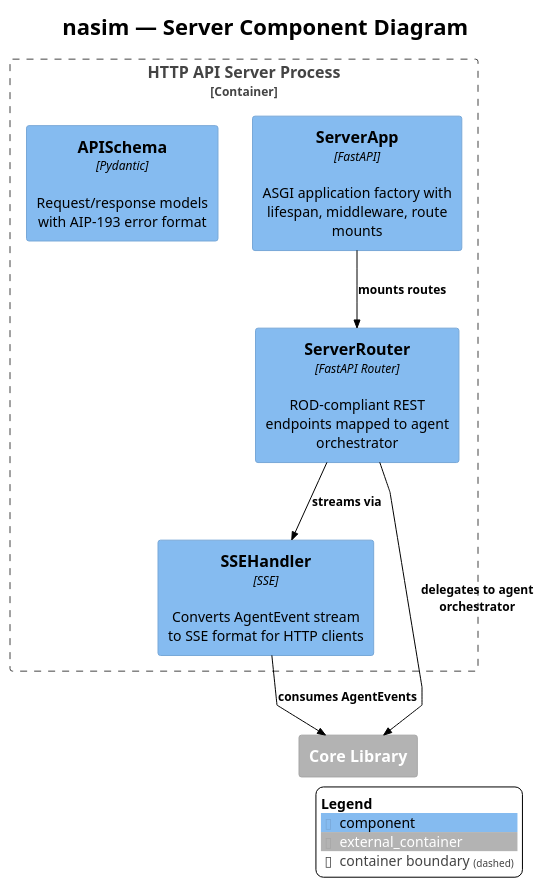
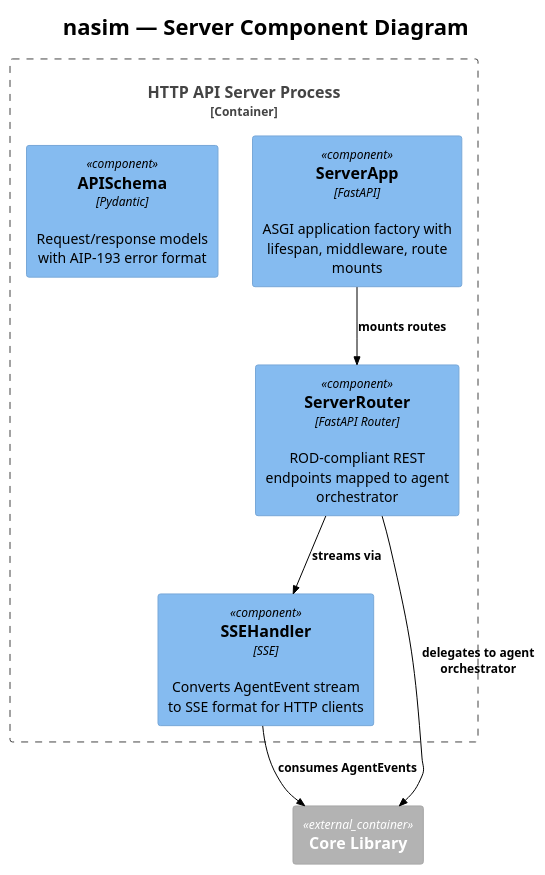
The diagram in docs/C4/c4_nasim_component_server.puml (salimnamvar/nasim), drawn with PlantUML before and after one commit. The commit also changed other lines of this file and 23 other files, not shown here.

First line of the commit message:
docs: Refactor C4 diagrams for nasim architecture

```diff
--- a/docs/C4/c4_nasim_component_server.puml
+++ b/docs/C4/c4_nasim_component_server.puml
@@ -1,34 +1,32 @@
 @startuml c4_nasim_component_server
-!include https://raw.githubusercontent.com/plantuml-stdlib/C4-PlantUML/v2.10.0/C4_Component.puml
+!include https://raw.githubusercontent.com/plantuml-stdlib/C4-PlantUML/master/C4_Component.puml
 !theme plain
-skinparam linetype polyline
+
 
 ' ============================================================
 ' Title:     nasim — Server Component Diagram
 ' Boundary:  nasim HTTP API Server process
 ' Purpose:   Server Layer components for HTTP interface
 ' Milestone: v1.0
 ' Version:   5.0.0
 ' Source:    docs/prompt/p1.md — corrective architecture review
 ' Review:    docs/audit/audit.2026.06.20.comprehensive.reference.audit.md
 ' ============================================================
 
 title nasim — Server Component Diagram
 
 Container_Boundary(server_boundary, "HTTP API Server Process") {
     Component(server_app, "ServerApp", "FastAPI", "ASGI application factory with lifespan, middleware, route mounts")
     Component(server_router, "ServerRouter", "FastAPI Router", "ROD-compliant REST endpoints mapped to agent orchestrator")
     Component(sse_handler, "SSEHandler", "SSE", "Converts AgentEvent stream to SSE format for HTTP clients")
     Component(api_schema, "APISchema", "Pydantic", "Request/response models with AIP-193 error format")
 }
 
 Container_Ext(core_library, "Core Library")
 
 Rel(server_app, server_router, "mounts routes")
 Rel(server_router, core_library, "delegates to agent orchestrator")
 Rel(server_router, sse_handler, "streams via")
 Rel(sse_handler, core_library, "consumes AgentEvents")
 
-SHOW_LEGEND()
-
 @enduml
```
